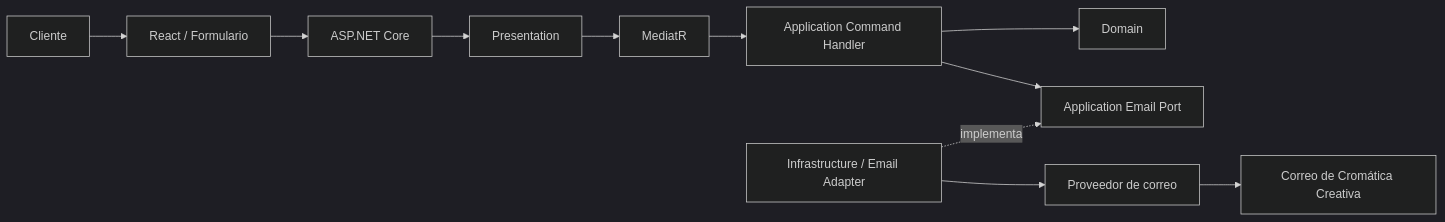
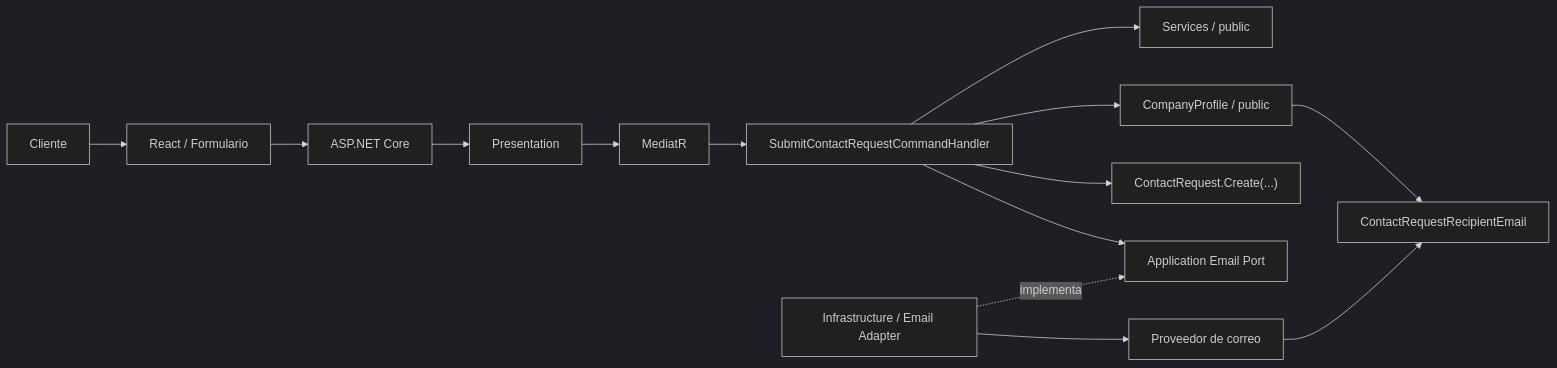
One commit to cromaticacreativa/project-cromaticacreativa-web changed diagram 12 of 18 in docs/ARCHITECTURE.md. Above: the diagram before and after it, drawn with Mermaid (dark theme). The commit also changed other lines of this file and 118 other files, not shown here.

````diff
--- a/docs/ARCHITECTURE.md
+++ b/docs/ARCHITECTURE.md
@@ -422,13 +605,16 @@
 ```mermaid
 flowchart LR
     client["Cliente"] --> react["React / Formulario"]
     react --> api["ASP.NET Core"]
     api --> presentation["Presentation"]
     presentation --> mediator["MediatR"]
-    mediator --> handler["Application Command Handler"]
-    handler --> domain["Domain"]
+    mediator --> handler["SubmitContactRequestCommandHandler"]
+    handler --> services["Services / public"]
+    handler --> profile["CompanyProfile / public"]
+    handler --> domain["ContactRequest.Create(...)"]
     handler --> emailPort["Application Email Port"]
     emailAdapter["Infrastructure / Email Adapter"] -. "implementa" .-> emailPort
     emailAdapter --> provider["Proveedor de correo"]
-    provider --> company["Correo de Cromática Creativa"]
+    profile --> recipient["ContactRequestRecipientEmail"]
+    provider --> recipient
 ```
````
